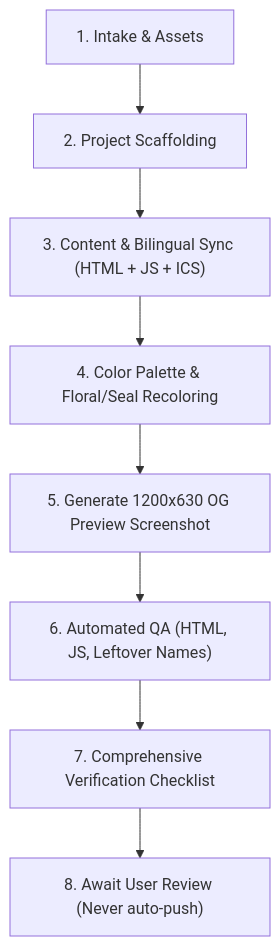
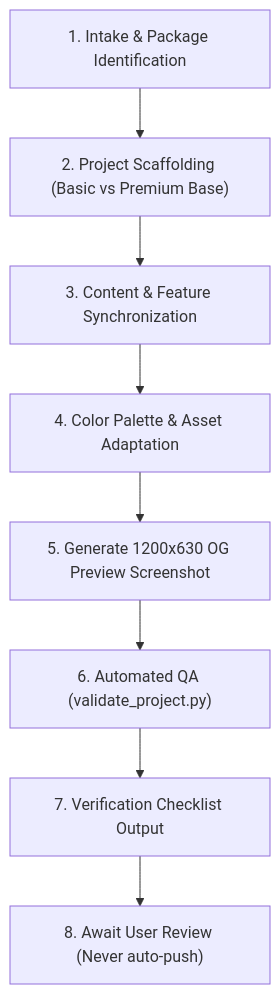
Before and after one commit to KCuevas00/disenosluna: the diagram in .agents/skills/quince-workflow/SKILL.md, drawn with Mermaid. The commit also changed other lines of this file and 30 other files, not shown here.

Commit message:
Add Rebecca Gamboa Cantú Quinceañera invitation (Basic Package) and update quince-workflow skill

````diff
--- a/.agents/skills/quince-workflow/SKILL.md
+++ b/.agents/skills/quince-workflow/SKILL.md
@@ -18,10 +40,10 @@
 ```mermaid
 flowchart TD
-    A["1. Intake & Assets"] --> B["2. Project Scaffolding"]
-    B --> C["3. Content & Bilingual Sync (HTML + JS + ICS)"]
-    C --> D["4. Color Palette & Floral/Seal Recoloring"]
+    A["1. Intake & Package Identification"] --> B["2. Project Scaffolding (Basic vs Premium Base)"]
+    B --> C["3. Content & Feature Synchronization"]
+    C --> D["4. Color Palette & Asset Adaptation"]
     D --> E["5. Generate 1200x630 OG Preview Screenshot"]
-    E --> F["6. Automated QA (HTML, JS, Leftover Names)"]
-    F --> G["7. Comprehensive Verification Checklist"]
+    E --> F["6. Automated QA (validate_project.py)"]
+    F --> G["7. Verification Checklist Output"]
     G --> H["8. Await User Review (Never auto-push)"]
 ```
````
